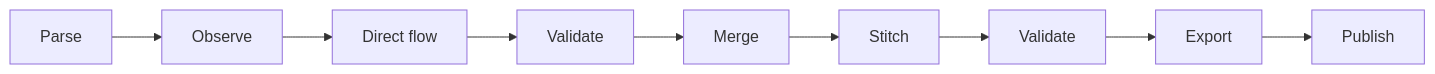
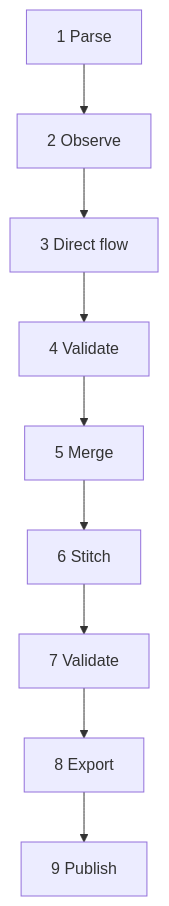
Before and after one commit to flowdigger/flowdigger.github.io: the second of 7 diagrams in docs/flowdigger-deterministic-knowledge-derivation.md, drawn with Mermaid. The commit also changed other lines of this file and 4 other files, not shown here.

````diff
--- a/docs/flowdigger-deterministic-knowledge-derivation.md
+++ b/docs/flowdigger-deterministic-knowledge-derivation.md
@@ -66,11 +68,11 @@
 ```mermaid
-flowchart LR
-    P[Parse] --> O[Observe]
-    O --> D[Direct flow]
-    D --> V1[Validate]
-    V1 --> M[Merge]
-    M --> S[Stitch]
-    S --> V2[Validate]
-    V2 --> E[Export]
-    E --> U[Publish]
+flowchart TD
+    P[1 Parse] --> O[2 Observe]
+    O --> D[3 Direct flow]
+    D --> V1[4 Validate]
+    V1 --> M[5 Merge]
+    M --> S[6 Stitch]
+    S --> V2[7 Validate]
+    V2 --> E[8 Export]
+    E --> U[9 Publish]
 ```
````
